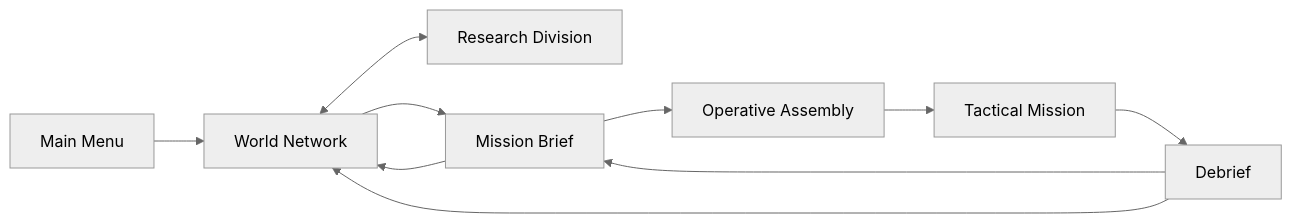
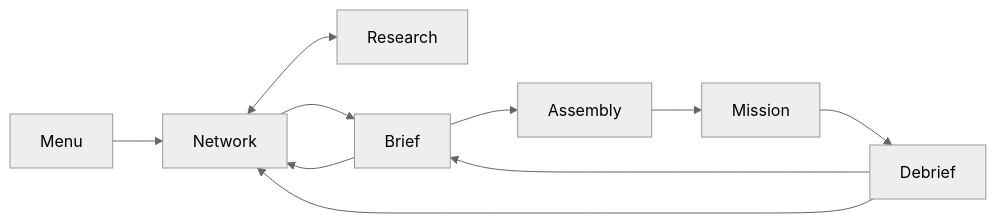
Before and after one commit to marco-machado/nexus-reborn: the diagram in docs/game-design.md, drawn with Mermaid (neutral theme). The commit also changed other lines of this file and 1 other file, not shown here.

````diff
--- a/docs/game-design.md
+++ b/docs/game-design.md
@@ -151,12 +123,12 @@
 ```mermaid
 flowchart LR
-    A["Main Menu"] --> B["World Network"]
-    B <--> C["Research Division"]
-    B --> D["Mission Brief"]
-    D --> B
-    D --> E["Operative Assembly"]
-    E --> F["Tactical Mission"]
-    F --> G["Debrief"]
-    G --> B
-    G --> D
+    Menu --> Network
+    Network <--> Research
+    Network --> Brief
+    Brief --> Network
+    Brief --> Assembly
+    Assembly --> Mission
+    Mission --> Debrief
+    Debrief --> Network
+    Debrief --> Brief
 ```
````
